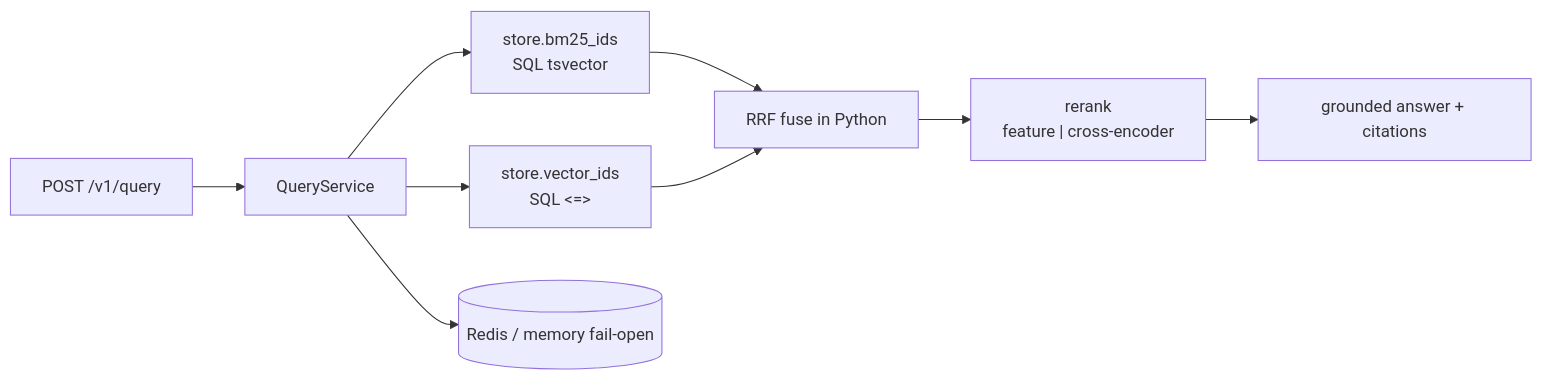
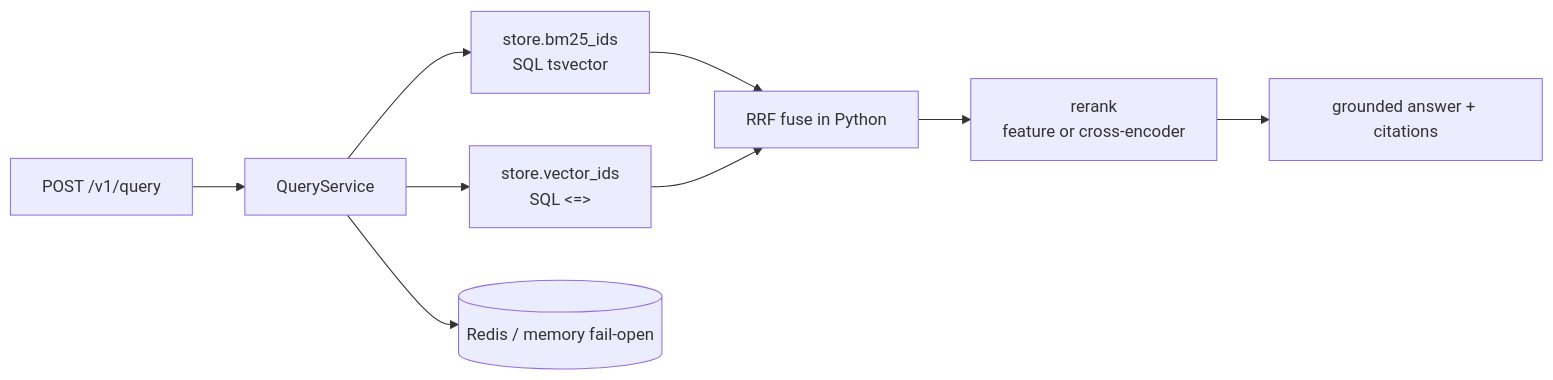
One commit to alexbohachev/production-rag-backend changed the diagram in README.md. Above: the diagram before and after it, drawn with Mermaid. The commit also changed other lines of this file and 5 other files, not shown here.

````diff
--- a/README.md
+++ b/README.md
@@ -13,11 +26,11 @@
 ```mermaid
 flowchart LR
   API["POST /v1/query"] --> QS[QueryService]
   QS --> BM25["store.bm25_ids\nSQL tsvector"]
   QS --> VEC["store.vector_ids\nSQL <=> "]
   BM25 --> RRF[RRF fuse in Python]
   VEC --> RRF
-  RRF --> RR["rerank\nfeature | cross-encoder"]
+  RRF --> RR["rerank\nfeature or cross-encoder"]
   RR --> ANS[grounded answer + citations]
   QS --> CACHE[(Redis / memory fail-open)]
 ```
````
